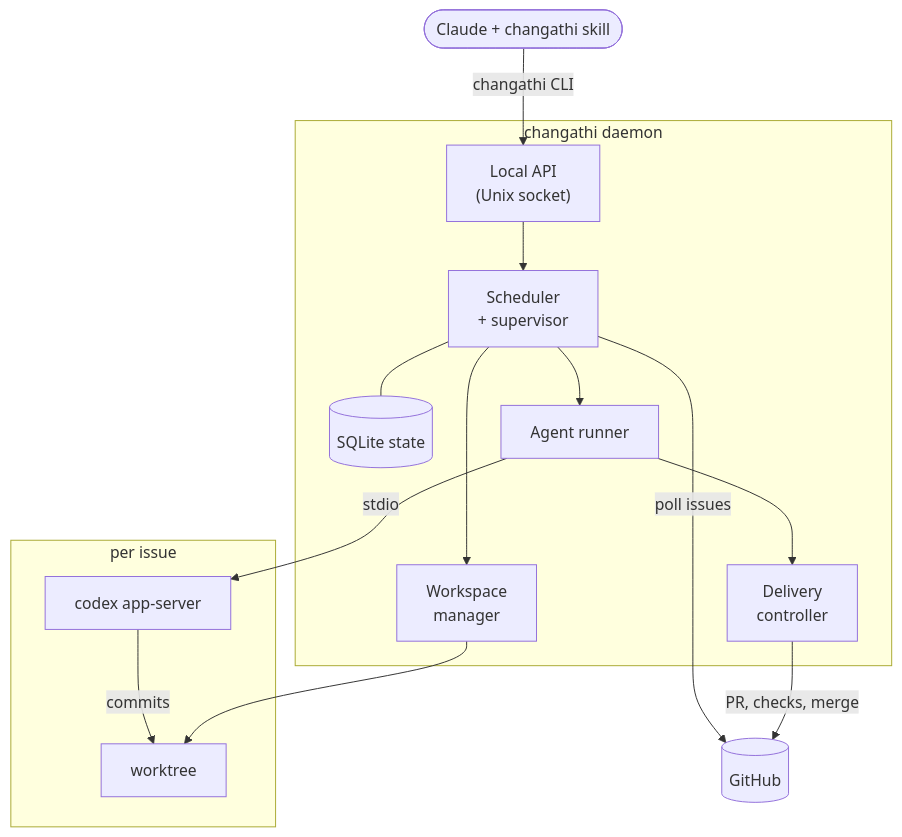
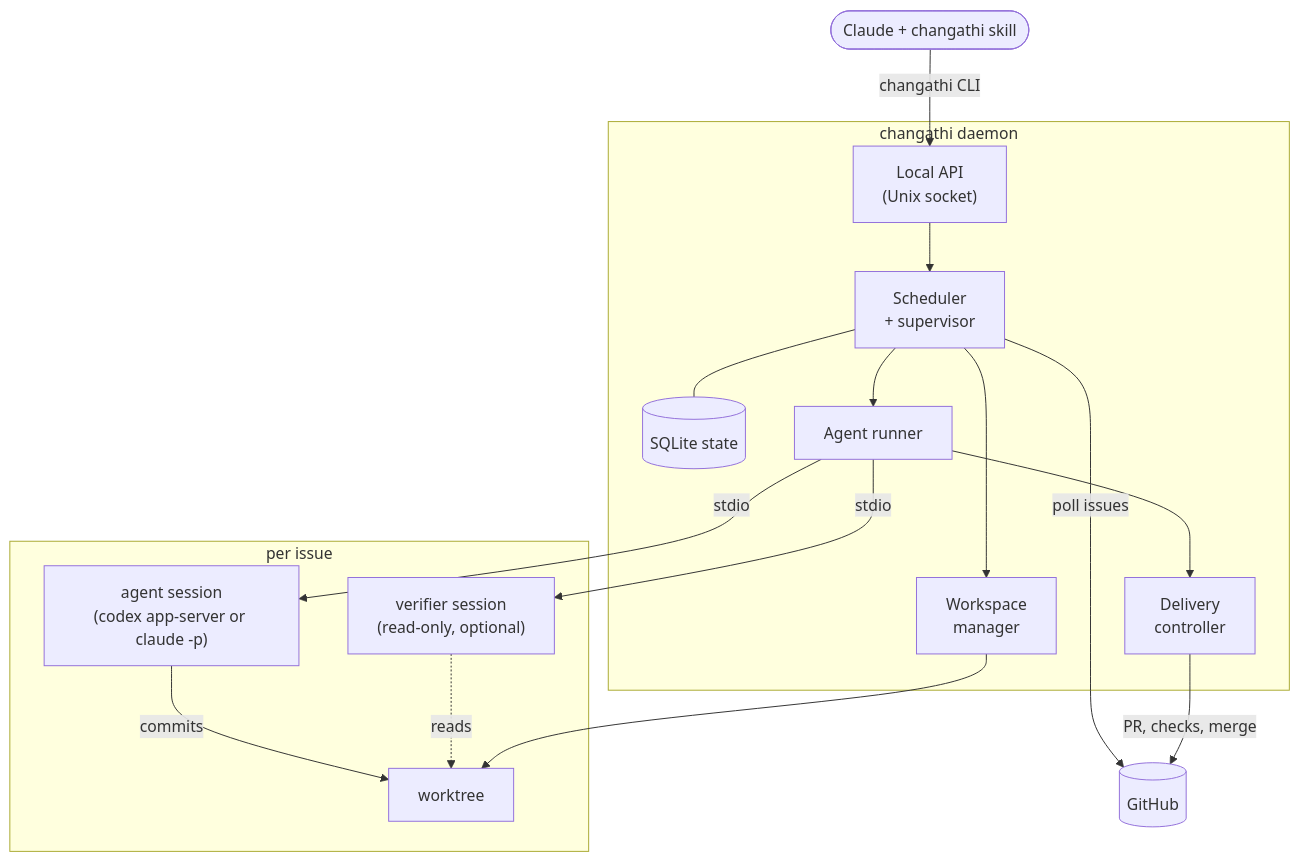
Before and after one commit to actuallyKasi/changathi: the first of 3 diagrams in README.md, drawn with Mermaid. The commit also changed other lines of this file and 3 other files, not shown here.

First line of the commit message:
Document enabling Claude and fix Claude-only daemon install

````diff
--- a/README.md
+++ b/README.md
@@ -102,32 +106,35 @@
 ```mermaid
 flowchart TB
     claude(["Claude + changathi skill"])
 
     subgraph daemon["changathi daemon"]
         api["Local API<br/>(Unix socket)"]
         sched["Scheduler<br/>+ supervisor"]
         store[("SQLite state")]
         ws["Workspace<br/>manager"]
         runner["Agent runner"]
         deliver["Delivery<br/>controller"]
         api --> sched
         sched --- store
         sched --> ws
         sched --> runner
         runner --> deliver
     end
 
     subgraph issue["per issue"]
-        codex["codex app-server"]
+        agent["agent session<br/>(codex app-server or claude -p)"]
+        verifier["verifier session<br/>(read-only, optional)"]
         wt["worktree"]
-        codex -- "commits" --> wt
+        agent -- "commits" --> wt
+        verifier -. "reads" .-> wt
     end
 
     gh[("GitHub")]
 
     claude -- "changathi CLI" --> api
     ws --> wt
-    runner -- "stdio" --> codex
+    runner -- "stdio" --> agent
+    runner -- "stdio" --> verifier
     sched -- "poll issues" --> gh
     deliver -- "PR, checks, merge" --> gh
 ```
````
